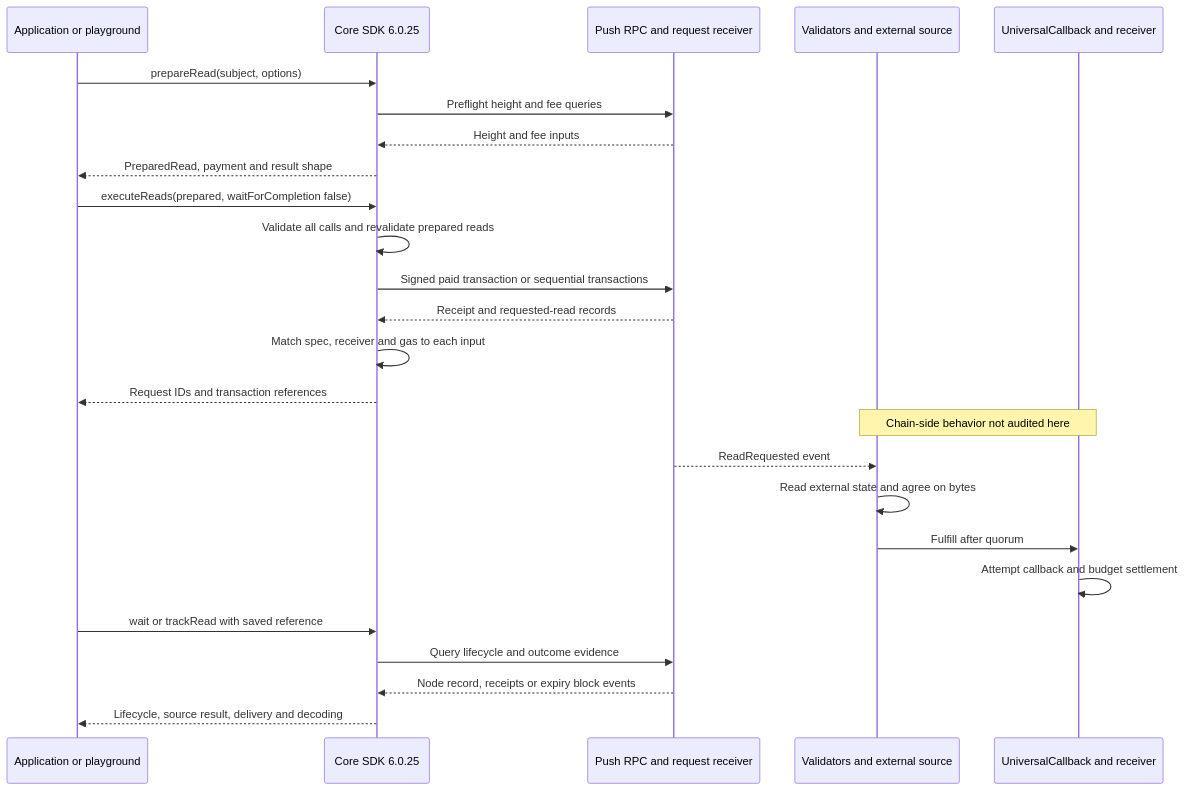
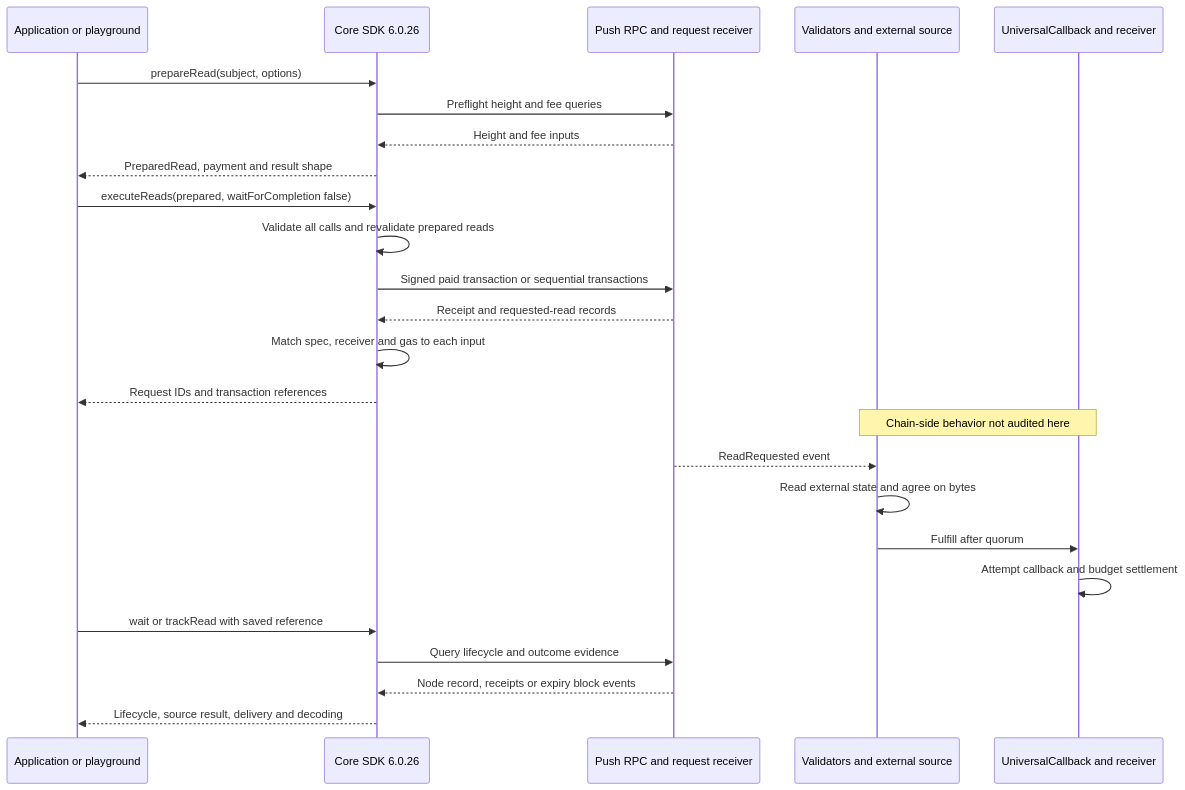
The second of 3 diagrams in ARCHITECTURE.md (pushchain/push-chain-website), drawn with Mermaid before and after one commit. The commit also changed other lines of this file and 29 other files, not shown here.

````diff
--- a/ARCHITECTURE.md
+++ b/ARCHITECTURE.md
@@ -47,27 +47,27 @@
 ```mermaid
 sequenceDiagram
   participant App as Application or playground
-  participant SDK as Core SDK 6.0.25
+  participant SDK as Core SDK 6.0.26
   participant Push as Push RPC and request receiver
   participant Validators as Validators and external source
   participant Callback as UniversalCallback and receiver
   App->>SDK: prepareRead(subject, options)
   SDK->>Push: Preflight height and fee queries
   Push-->>SDK: Height and fee inputs
   SDK-->>App: PreparedRead, payment and result shape
   App->>SDK: executeReads(prepared, waitForCompletion false)
   SDK->>SDK: Validate all calls and revalidate prepared reads
   SDK->>Push: Signed paid transaction or sequential transactions
   Push-->>SDK: Receipt and requested-read records
   SDK->>SDK: Match spec, receiver and gas to each input
   SDK-->>App: Request IDs and transaction references
   Note over Validators,Callback: Chain-side behavior not audited here
   Push-->>Validators: ReadRequested event
   Validators->>Validators: Read external state and agree on bytes
   Validators->>Callback: Fulfill after quorum
   Callback->>Callback: Attempt callback and budget settlement
   App->>SDK: wait or trackRead with saved reference
   SDK->>Push: Query lifecycle and outcome evidence
   Push-->>SDK: Node record, receipts or expiry block events
   SDK-->>App: Lifecycle, source result, delivery and decoding
 ```
````
